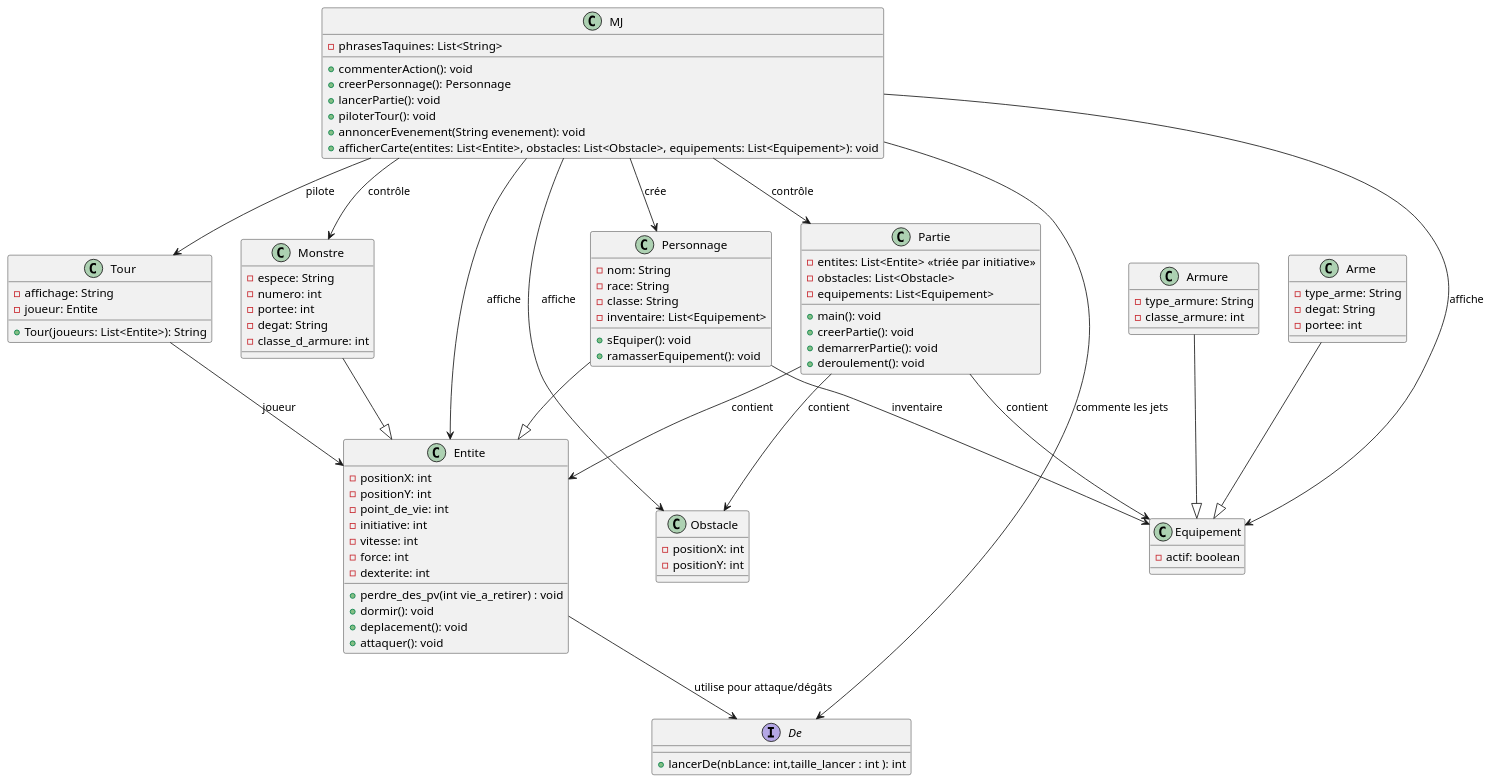
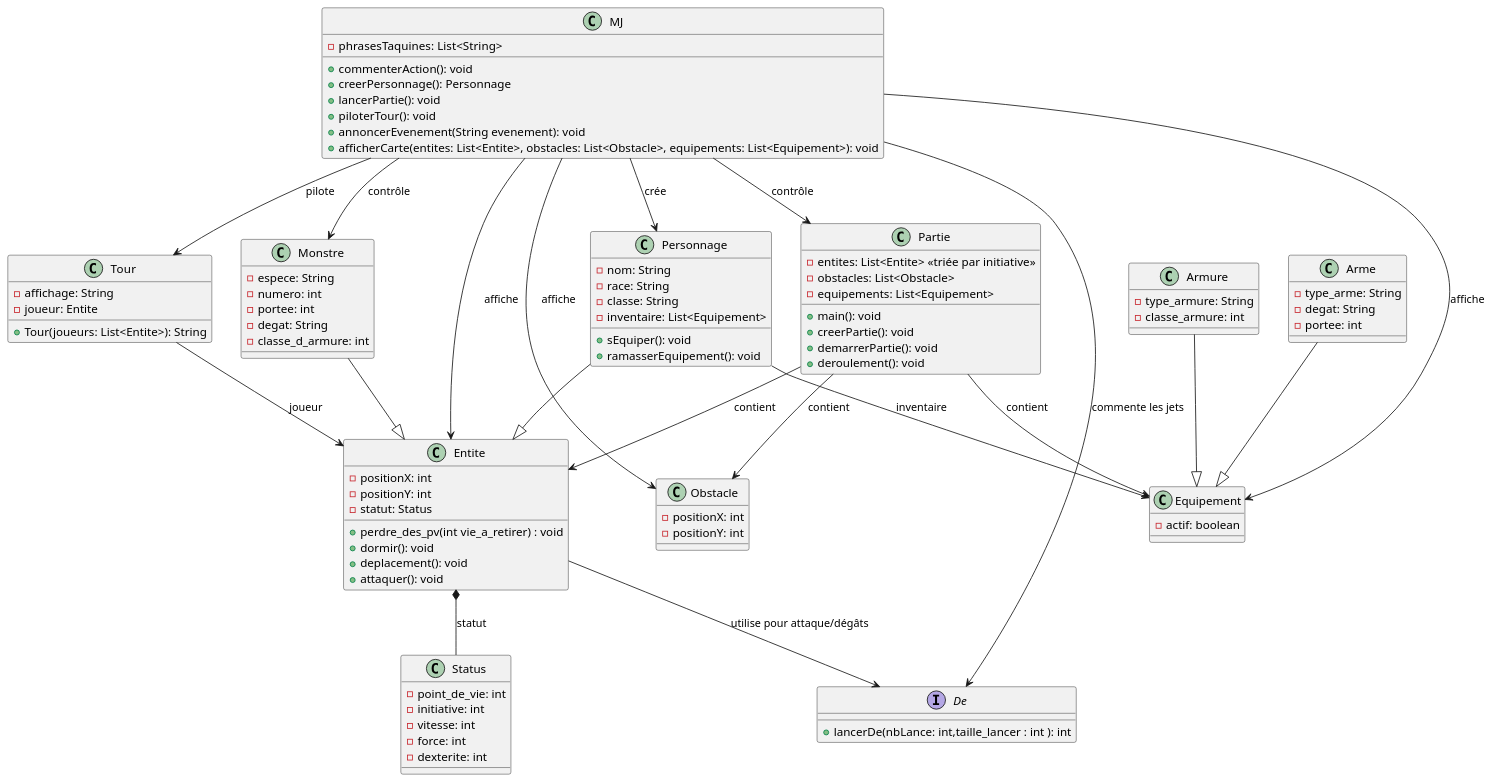
The diagram in uml/semaine1.puml (Lejo54/DnD_POO), drawn with PlantUML before and after one commit.

Commit message:
classe statut pour alleger entite

```diff
--- a/uml/semaine1.puml
+++ b/uml/semaine1.puml
@@ -1,106 +1,111 @@
 @startuml
 
 class Entite {
   - positionX: int
   - positionY: int
+  - statut: Status
+  + perdre_des_pv(int vie_a_retirer) : void
+  + dormir(): void
+  + deplacement(): void
+  + attaquer(): void
+}
+
+class Status {
   - point_de_vie: int
   - initiative: int
   - vitesse: int
   - force: int
   - dexterite: int
-  + perdre_des_pv(int vie_a_retirer) : void
-  + dormir(): void
-  + deplacement(): void
-  + attaquer(): void
 }
+
 
 class Personnage {
   - nom: String
   - race: String
   - classe: String
   - inventaire: List<Equipement>
   + sEquiper(): void
   + ramasserEquipement(): void
 }
 
 class Monstre {
   - espece: String
   - numero: int
   - portee: int
   - degat: String
   - classe_d_armure: int
 }
 
 class Equipement {
   - actif: boolean
 }
 
 class Armure {
   - type_armure: String
   - classe_armure: int
 }
 
 class Arme {
   - type_arme: String
   - degat: String
   - portee: int
 }
 
 class Obstacle {
   - positionX: int
   - positionY: int
 }
 
 interface De {
   + lancerDe(nbLance: int,taille_lancer : int ): int
 }
 
 class Tour {
   - affichage: String
   - joueur: Entite
   + Tour(joueurs: List<Entite>): String
 }
 
 class Partie {
   - entites: List<Entite> <<triée par initiative>>
   - obstacles: List<Obstacle>
   - equipements: List<Equipement>
   + main(): void
   + creerPartie(): void
   + demarrerPartie(): void
   + deroulement(): void
 }
 
 class MJ {
   - phrasesTaquines: List<String>
   + commenterAction(): void
   + creerPersonnage(): Personnage
   + lancerPartie(): void
   + piloterTour(): void
   + annoncerEvenement(String evenement): void
   + afficherCarte(entites: List<Entite>, obstacles: List<Obstacle>, equipements: List<Equipement>): void
 }
 
-' Héritages
 Personnage --|> Entite
 Monstre --|> Entite
 Arme --|> Equipement
 Armure --|> Equipement
 
-' Liens logiques
+
 MJ --> Personnage : crée
+Entite *-- Status : statut
 MJ --> Partie : contrôle
 MJ --> Tour : pilote
 MJ --> Monstre : contrôle
 MJ --> De : commente les jets
 MJ --> Entite : affiche
 MJ --> Obstacle : affiche
 MJ --> Equipement : affiche
 Tour --> Entite : joueur
 Partie --> Entite : contient
 Partie --> Obstacle : contient
 Partie --> Equipement : contient
 Personnage --> Equipement : inventaire
 Entite --> De : utilise pour attaque/dégâts
 
 @enduml
```
